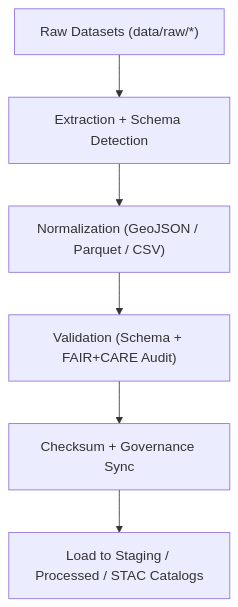
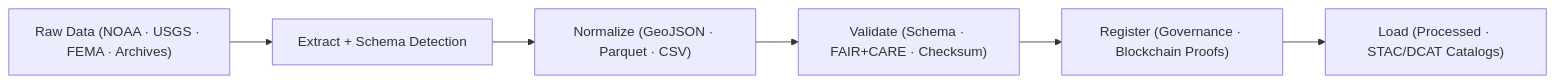
The diagram in src/pipelines/etl/README.md (bartytime4life/Kansas-Frontier-Matrix), drawn with Mermaid before and after one commit. The commit also changed other lines of this file, not shown here.

````diff
--- a/src/pipelines/etl/README.md
+++ b/src/pipelines/etl/README.md
@@ -71,8 +70,8 @@
 ```mermaid
-flowchart TD
-A["Raw Datasets (data/raw/*)"] --> B["Extraction + Schema Detection"]
-B --> C["Normalization (GeoJSON / Parquet / CSV)"]
-C --> D["Validation (Schema + FAIR+CARE Audit)"]
-D --> E["Checksum + Governance Sync"]
-E --> F["Load to Staging / Processed / STAC Catalogs"]
+flowchart LR
+    A["Raw Data (NOAA · USGS · FEMA · Archives)"] --> B["Extract + Schema Detection"]
+    B --> C["Normalize (GeoJSON · Parquet · CSV)"]
+    C --> D["Validate (Schema · FAIR+CARE · Checksum)"]
+    D --> E["Register (Governance · Blockchain Proofs)"]
+    E --> F["Load (Processed · STAC/DCAT Catalogs)"]
 ```
````
